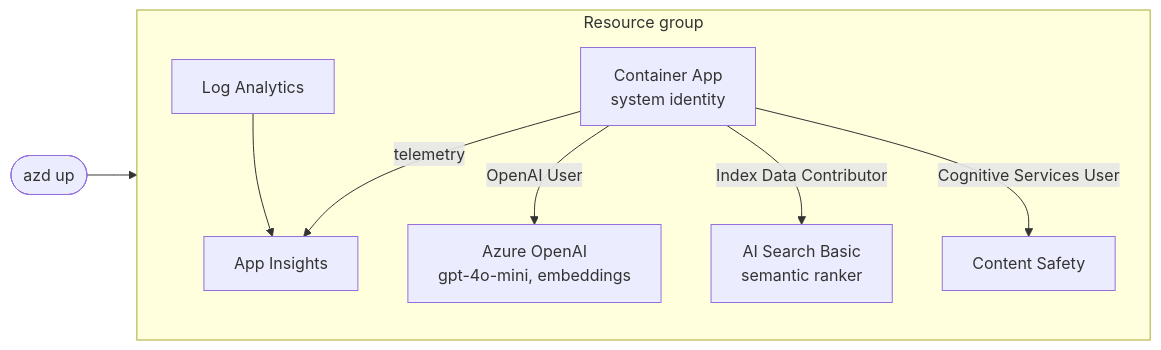
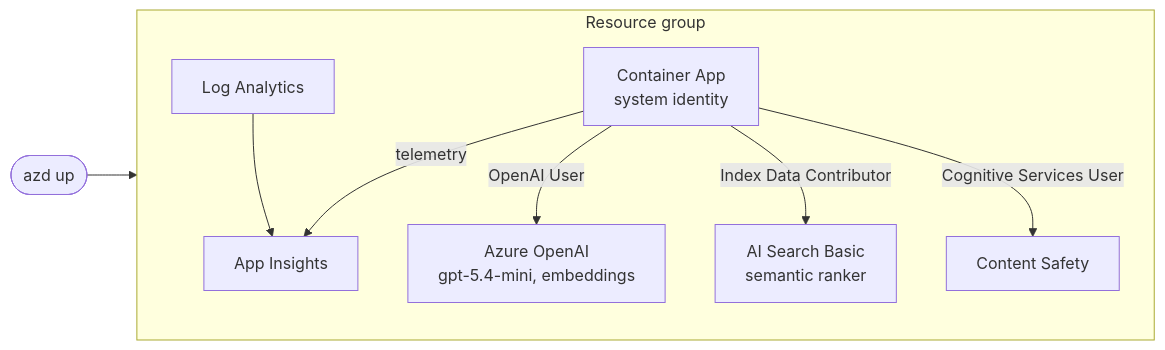
The seventh of 8 diagrams in docs/SRS.md (silent-vector-26/sous-chef-rag-cookbook), drawn with Mermaid before and after one commit. The commit also changed 7 other files, not shown here.

Commit message:
Deploy to Azure: ACR, managed identity, gpt-5.4-mini, searchLocation param

````diff
--- a/docs/SRS.md
+++ b/docs/SRS.md
@@ -166,15 +166,15 @@
 ```mermaid
 flowchart LR
     subgraph RG[Resource group]
         CA[Container App<br/>system identity]
-        AOAI[Azure OpenAI<br/>gpt-4o-mini, embeddings]
+        AOAI[Azure OpenAI<br/>gpt-5.4-mini, embeddings]
         AIS[AI Search Basic<br/>semantic ranker]
         CS[Content Safety]
         LA[Log Analytics] --> AI[App Insights]
     end
     CA -- OpenAI User --> AOAI
     CA -- Index Data Contributor --> AIS
     CA -- Cognitive Services User --> CS
     CA -- telemetry --> AI
     Dev([azd up]) --> RG
 ```
````
